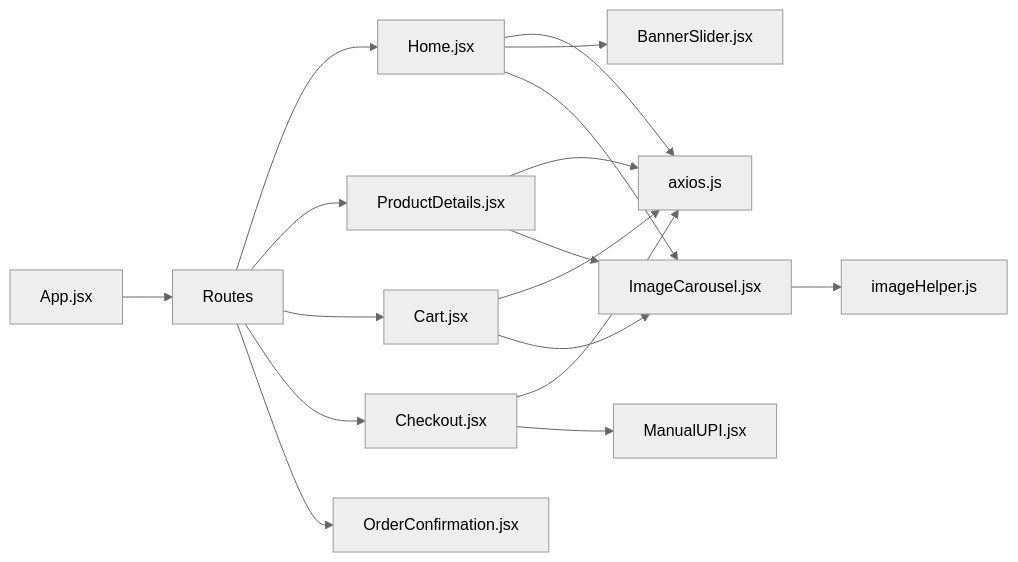
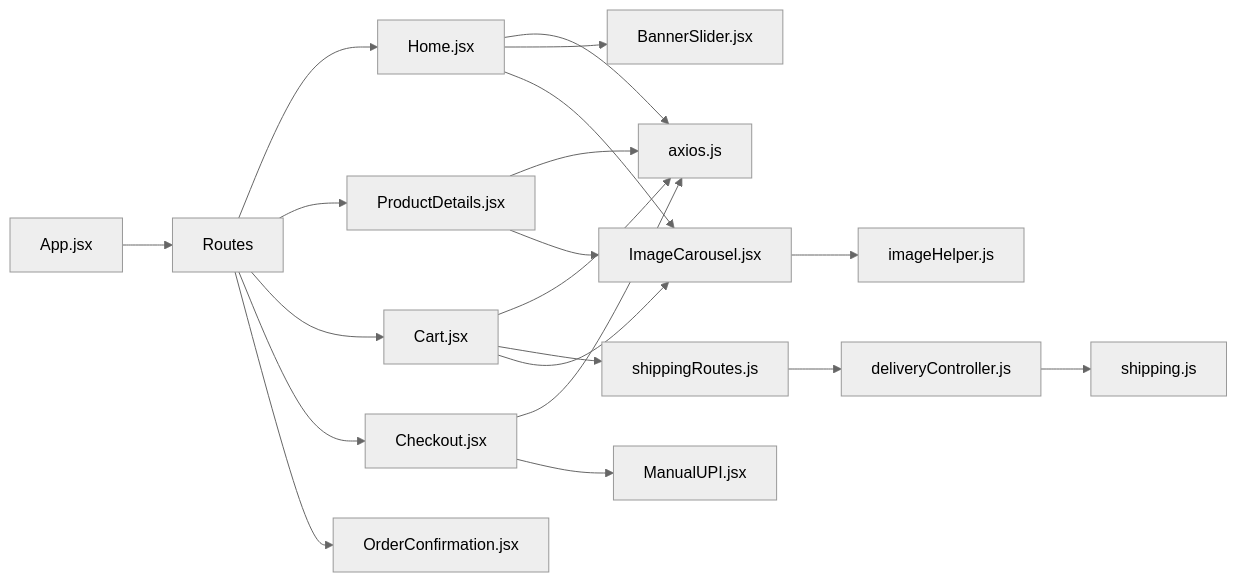
Before and after one commit to Pavan-PSPK9032/TrendsandToss: the ninth of 9 diagrams in .qoder/repowiki/en/content/Shopping Experience/Shopping Experience.md, drawn with Mermaid (neutral theme). The commit also changed other lines of this file and 16 other files, not shown here.

````diff
--- a/.qoder/repowiki/en/content/Shopping Experience/Shopping Experience.md
+++ b/.qoder/repowiki/en/content/Shopping Experience/Shopping Experience.md
@@ -410,19 +507,22 @@
 ```mermaid
 graph LR
 APP["App.jsx"] --> ROUTES["Routes"]
 ROUTES --> HOME["Home.jsx"]
 ROUTES --> PDP["ProductDetails.jsx"]
 ROUTES --> CART["Cart.jsx"]
 ROUTES --> CHECKOUT["Checkout.jsx"]
 ROUTES --> CONF["OrderConfirmation.jsx"]
 HOME --> AXIOS["axios.js"]
 PDP --> AXIOS
 CART --> AXIOS
 CHECKOUT --> AXIOS
+CART --> SHIPROUTES["shippingRoutes.js"]
+SHIPROUTES --> DELIVERYCTRL["deliveryController.js"]
+DELIVERYCTRL --> SHIPCONFIG["shipping.js"]
 HOME --> BANNER["BannerSlider.jsx"]
 HOME --> CAROUSEL["ImageCarousel.jsx"]
 PDP --> CAROUSEL
 CART --> CAROUSEL
 CHECKOUT --> UPI["ManualUPI.jsx"]
 CAROUSEL --> IMGHELP["imageHelper.js"]
 ```
````
